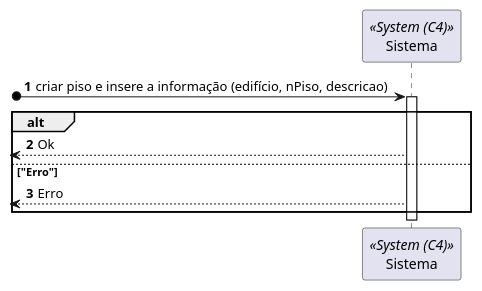
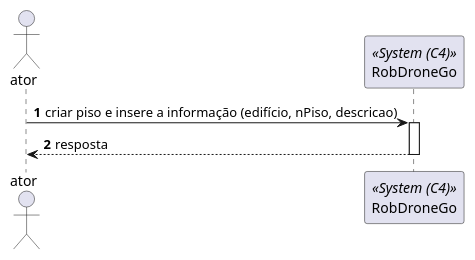
One commit to SEM5PI2324G58/sem5pi_g58_23_24 changed the diagram in docs/Sprint_A/US190/N1/US190_VP.puml. Above: the diagram before and after it, drawn with PlantUML. The commit also changed 9 other files, not shown here.

```diff
--- a/docs/Sprint_A/US190/N1/US190_VP.puml
+++ b/docs/Sprint_A/US190/N1/US190_VP.puml
@@ -1,12 +1,9 @@
 autonumber
 
-participant Sistema as sistema <<System (C4)>>
+actor ator 
+participant RobDroneGo as sistema <<System (C4)>>
 
 
-[o-> sistema: criar piso e insere a informação (edifício, nPiso, descricao)
+ator -> sistema: criar piso e insere a informação (edifício, nPiso, descricao)
 activate sistema
-alt
-<-- sistema: Ok
-else "Erro"
-<-- sistema: Erro
-end alt
+return resposta
```
